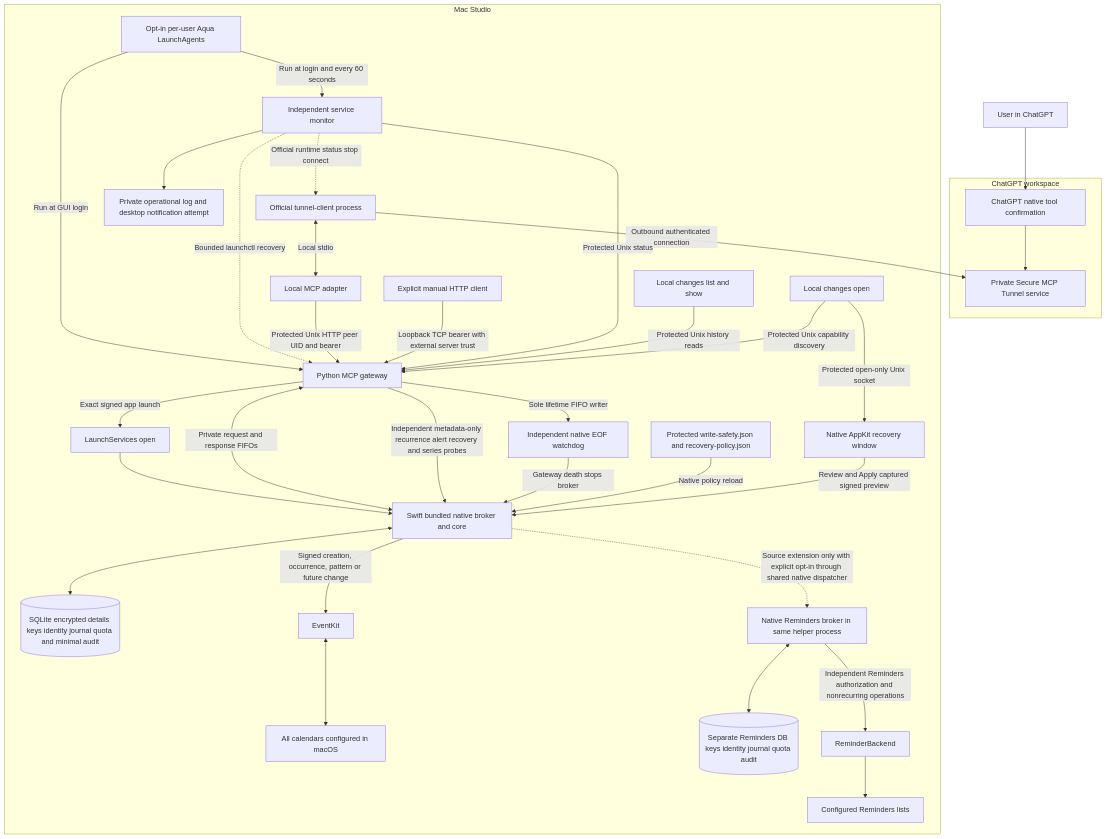
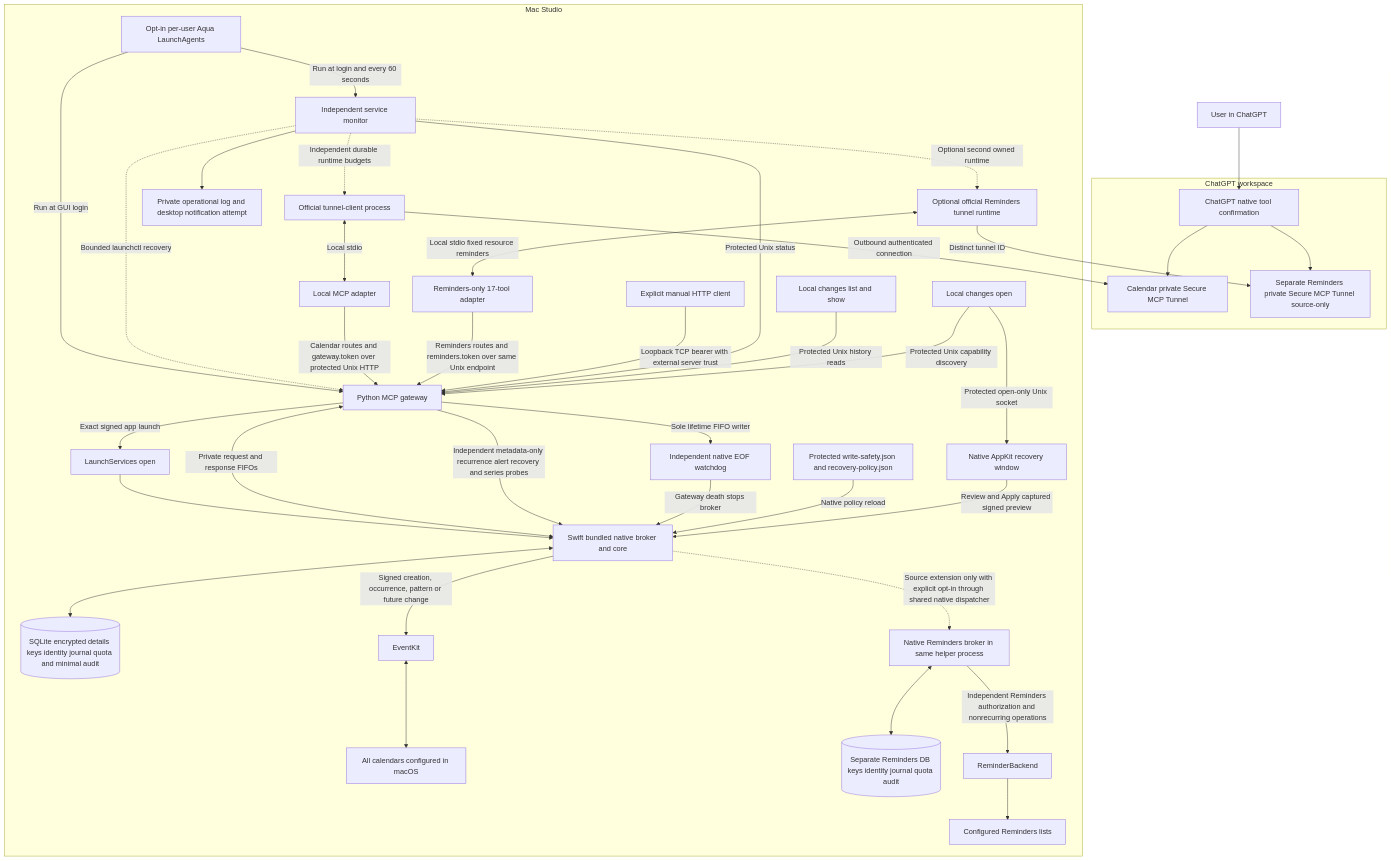
Before and after one commit to rmilkowski/icloud-calendar-mcp: the first of 8 diagrams in docs/architecture.md, drawn with Mermaid. The commit also changed other lines of this file and 17 other files, not shown here.

Commit message:
Separate Calendar and Reminders plugin access

````diff
--- a/docs/architecture.md
+++ b/docs/architecture.md
@@ -27,37 +27,42 @@
 ```mermaid
 flowchart TB
     U[User in ChatGPT] --> C[ChatGPT native tool confirmation]
     subgraph Cloud[ChatGPT workspace]
-        C --> T[Private Secure MCP Tunnel service]
+        C --> T[Calendar private Secure MCP Tunnel]
+        C --> RT[Separate Reminders private Secure MCP Tunnel source-only]
     end
     subgraph Mac[Mac Studio]
         LD[Opt-in per-user Aqua LaunchAgents] -->|Run at GUI login| G
         LD -->|Run at login and every 60 seconds| M[Independent service monitor]
         M -.->|Bounded launchctl recovery| G
-        M -.->|Official runtime status stop connect| TC
+        M -.->|Independent durable runtime budgets| TC
+        M -.->|Optional second owned runtime| RTC
         M --> N[Private operational log and desktop notification attempt]
         TC[Official tunnel-client process] -->|Outbound authenticated connection| T
         TC <-->|Local stdio| A[Local MCP adapter]
-        A -->|Protected Unix HTTP peer UID and bearer| G[Python MCP gateway]
+        A -->|Calendar routes and gateway.token over protected Unix HTTP| G[Python MCP gateway]
+        RTC[Optional official Reminders tunnel runtime] -->|Distinct tunnel ID| RT
+        RTC <-->|Local stdio fixed resource reminders| RA[Reminders-only 17-tool adapter]
+        RA -->|Reminders routes and reminders.token over same Unix endpoint| G
         MANUAL[Explicit manual HTTP client] -->|Loopback TCP bearer with external server trust| G
         M -->|Protected Unix status| G
         G -->|Exact signed app launch| L[LaunchServices open]
         L --> B[Swift bundled native broker and core]
         G <-->|Private request and response FIFOs| B
         G -->|Independent metadata-only recurrence alert recovery and series probes| B
         G -->|Sole lifetime FIFO writer| W[Independent native EOF watchdog]
         W -->|Gateway death stops broker| B
         P[Protected write-safety.json and recovery-policy.json] -->|Native policy reload| B
         CLI[Local changes list and show] -->|Protected Unix history reads| G
         OPEN -->|Protected Unix capability discovery| G
         OPEN[Local changes open] -->|Protected open-only Unix socket| UI[Native AppKit recovery window]
         UI -->|Review and Apply captured signed preview| B
         B <--> D[(SQLite encrypted details keys identity journal quota and minimal audit)]
         B -->|Signed creation, occurrence, pattern or future change| E[EventKit]
         E <--> K[All calendars configured in macOS]
         B -.->|Source extension only with explicit opt-in through shared native dispatcher| R[Native Reminders broker in same helper process]
         R <--> RD[(Separate Reminders DB keys identity journal quota audit)]
         R -->|Independent Reminders authorization and nonrecurring operations| RE[ReminderBackend]
         RE --> RK[Configured Reminders lists]
     end
 ```
````
